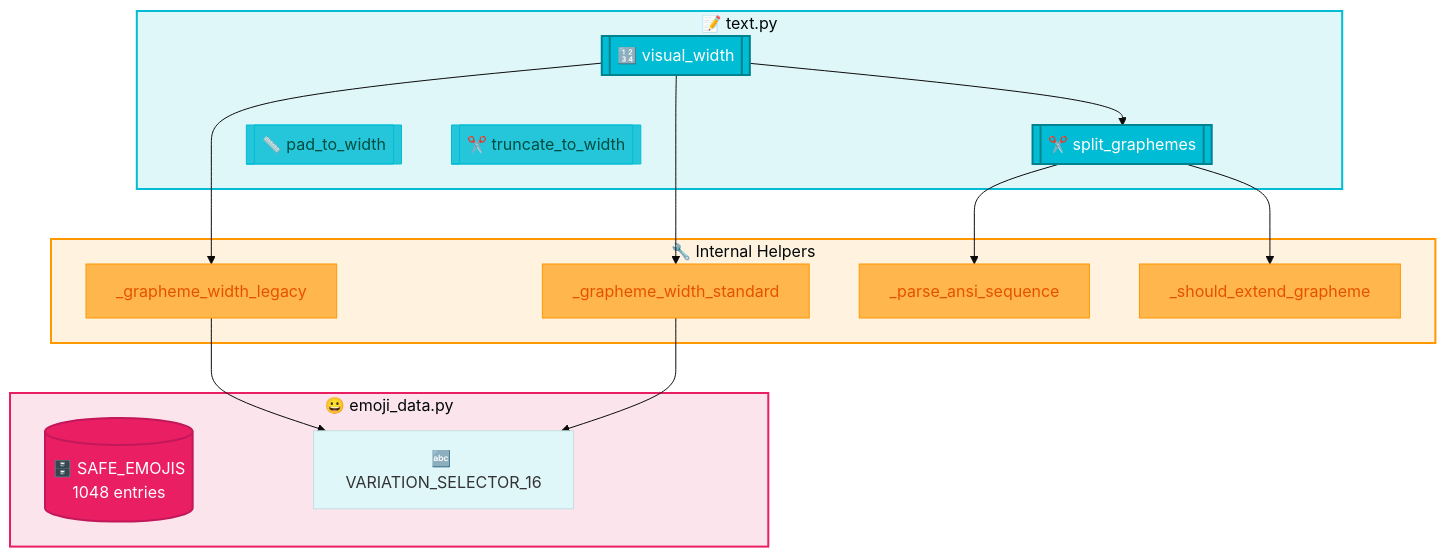
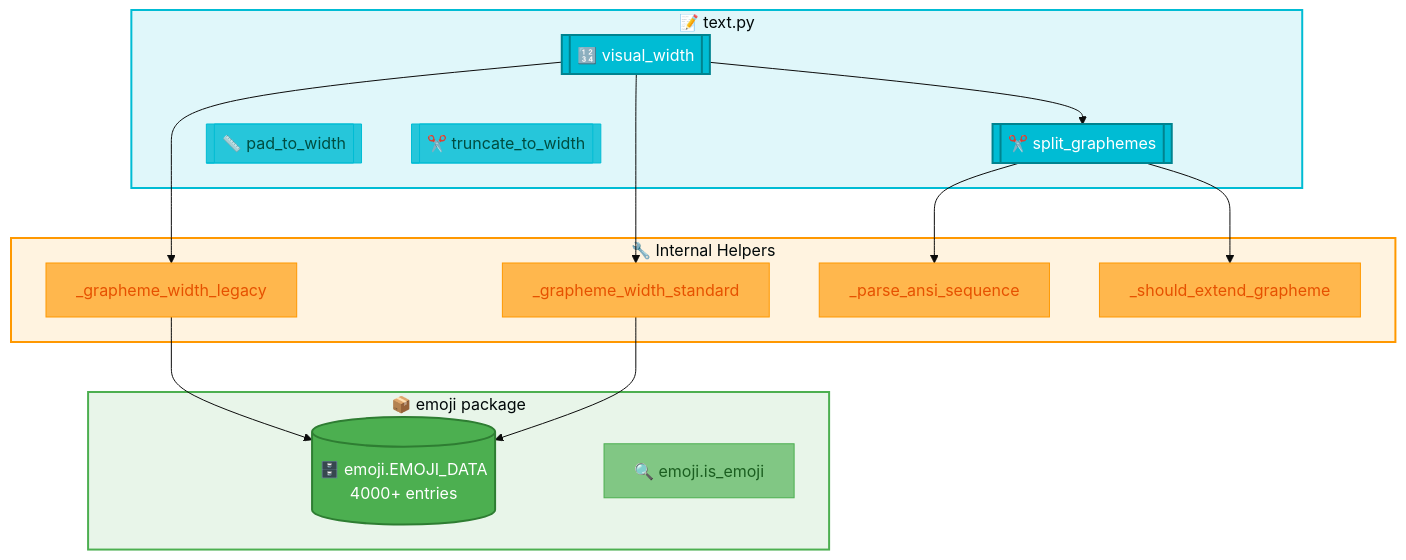
One commit to ksokolowski/StyledConsole changed the eighth of 11 diagrams in docs/DEVELOPER_GUIDE.md. Above: the diagram before and after it, drawn with Mermaid. The commit also changed other lines of this file and 14 other files, not shown here.

First line of the commit message:
feat: Full emoji package integration

````diff
--- a/docs/DEVELOPER_GUIDE.md
+++ b/docs/DEVELOPER_GUIDE.md
@@ -517,44 +517,45 @@
 ```mermaid
 %%{init: {'theme': 'base', 'themeVariables': { 'primaryColor': '#E0F7FA'}}}%%
 flowchart TB
     subgraph text.py["📝 text.py"]
         VW[["🔢 visual_width"]]
         SG[["✂️ split_graphemes"]]
         PTW[["📏 pad_to_width"]]
         TTW[["✂️ truncate_to_width"]]
     end
 
     subgraph Helpers["🔧 Internal Helpers"]
         GWL[_grapheme_width_legacy]
         GWS[_grapheme_width_standard]
         PAS[_parse_ansi_sequence]
         SEG[_should_extend_grapheme]
     end
 
-    subgraph emoji_data.py["😀 emoji_data.py"]
-        SE[(🗄️ SAFE_EMOJIS<br/>1048 entries)]
-        VS16[🔤 VARIATION_SELECTOR_16]
+    subgraph emoji_pkg["📦 emoji package"]
+        EP[(🗄️ emoji.EMOJI_DATA<br/>4000+ entries)]
+        IS[🔍 emoji.is_emoji]
     end
 
     VW --> SG
     VW --> GWL
     VW --> GWS
     SG --> PAS
     SG --> SEG
-    GWL --> VS16
-    GWS --> VS16
+    GWL --> EP
+    GWS --> EP
 
     style text.py fill:#E0F7FA,stroke:#00BCD4,stroke-width:2px
     style Helpers fill:#FFF3E0,stroke:#FF9800,stroke-width:2px
-    style emoji_data.py fill:#FCE4EC,stroke:#E91E63,stroke-width:2px
+    style emoji_pkg fill:#E8F5E9,stroke:#4CAF50,stroke-width:2px
 
     style VW fill:#00BCD4,color:#fff,stroke:#00838F,stroke-width:2px
     style SG fill:#00BCD4,color:#fff,stroke:#00838F,stroke-width:2px
     style PTW fill:#26C6DA,color:#004D40,stroke:#00BCD4
     style TTW fill:#26C6DA,color:#004D40,stroke:#00BCD4
-    style SE fill:#E91E63,color:#fff,stroke:#C2185B,stroke-width:2px
+    style EP fill:#4CAF50,color:#fff,stroke:#2E7D32,stroke-width:2px
+    style IS fill:#81C784,color:#1B5E20,stroke:#4CAF50
     style GWL fill:#FFB74D,color:#E65100,stroke:#FF9800
     style GWS fill:#FFB74D,color:#E65100,stroke:#FF9800
     style PAS fill:#FFB74D,color:#E65100,stroke:#FF9800
     style SEG fill:#FFB74D,color:#E65100,stroke:#FF9800
 ```
````
